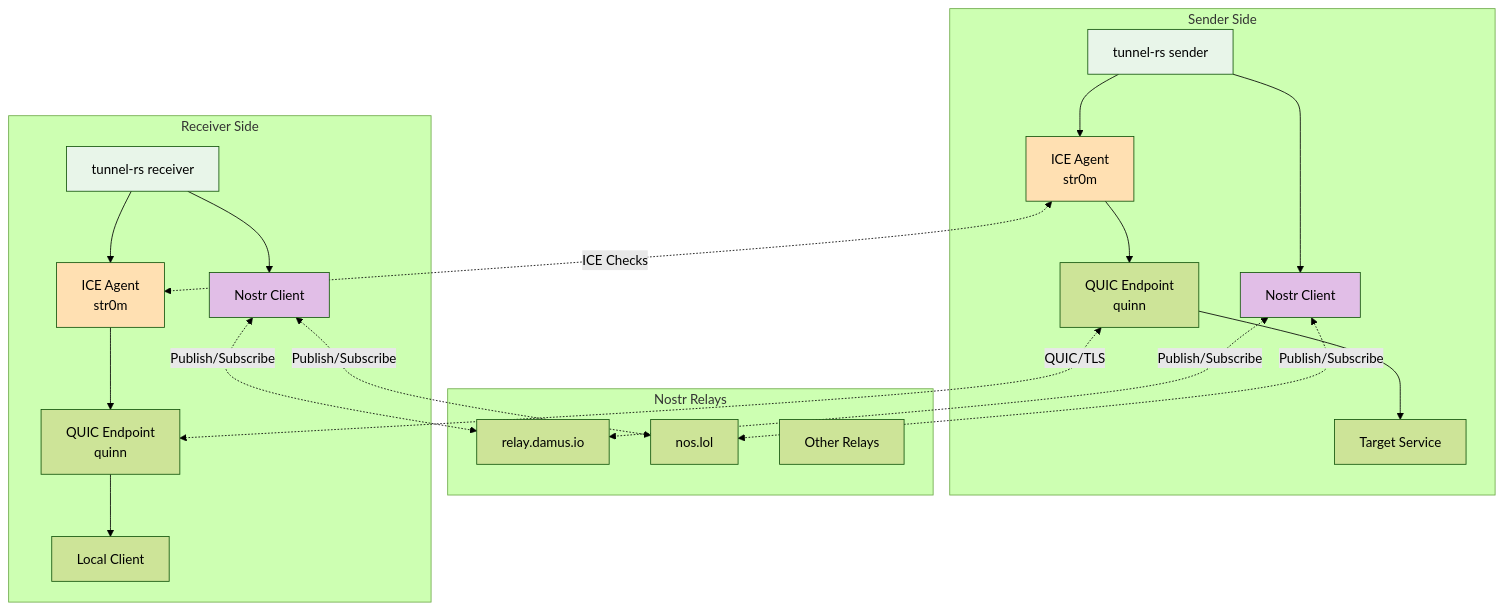
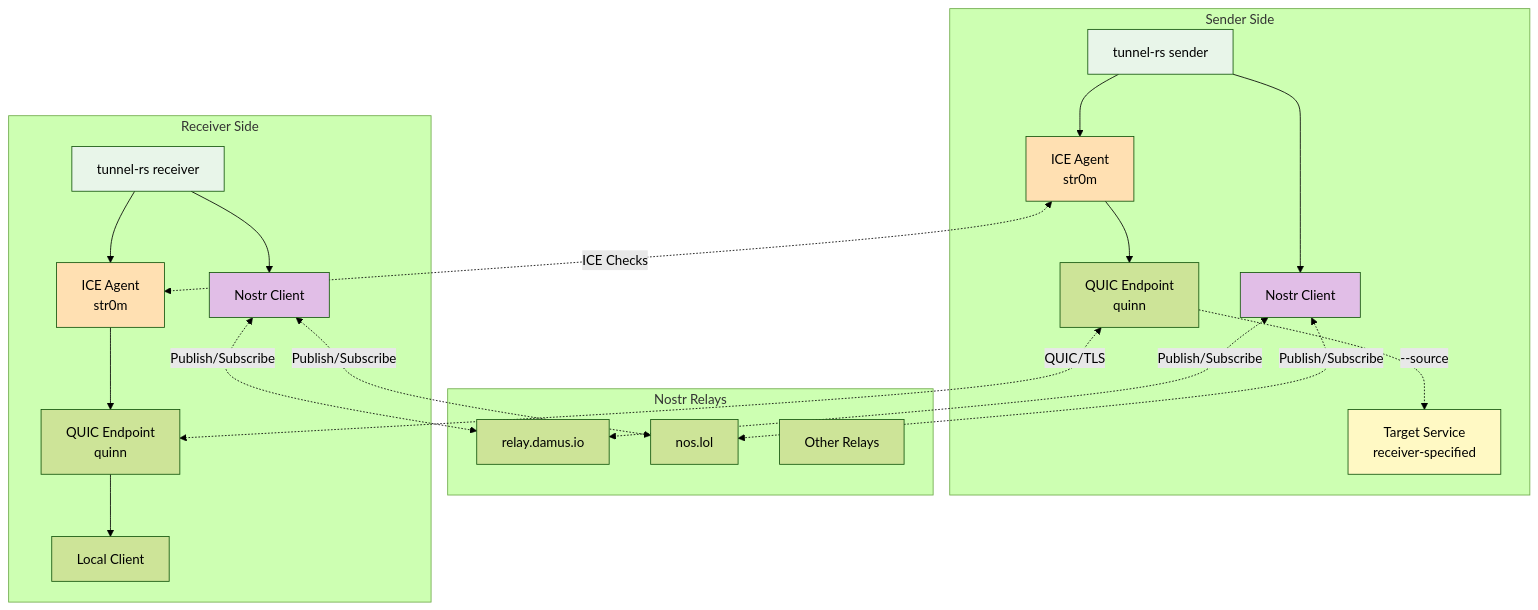
Before and after one commit to andrewtheguy/vpn-rs: diagram 22 of 38 in docs/ARCHITECTURE.md, drawn with Mermaid (forest theme). The commit also changed other lines of this file, not shown here.

Commit message:
feat: Update architecture documentation to include receiver-initiated dynamic source capabilities and mode comparison

````diff
--- a/docs/ARCHITECTURE.md
+++ b/docs/ARCHITECTURE.md
@@ -877,49 +893,50 @@
 ```mermaid
 graph TB
     subgraph "Sender Side"
         A[tunnel-rs sender]
         B[ICE Agent<br/>str0m]
         C[QUIC Endpoint<br/>quinn]
         D[Nostr Client]
-        E[Target Service]
+        E[Target Service<br/>receiver-specified]
     end
 
     subgraph "Nostr Relays"
         F[relay.damus.io]
         G[nos.lol]
         H[Other Relays]
     end
 
     subgraph "Receiver Side"
         I[tunnel-rs receiver]
         J[ICE Agent<br/>str0m]
         K[QUIC Endpoint<br/>quinn]
         L[Nostr Client]
         M[Local Client]
     end
 
     A --> B
     B --> C
     A --> D
-    C --> E
+    C -.->|--source| E
 
     I --> J
     J --> K
     I --> L
     K --> M
 
     D <-.Publish/Subscribe.-> F
     D <-.Publish/Subscribe.-> G
     L <-.Publish/Subscribe.-> F
     L <-.Publish/Subscribe.-> G
 
     B <-.ICE Checks.-> J
     C <-.QUIC/TLS.-> K
 
     style A fill:#E8F5E9
     style I fill:#E8F5E9
     style B fill:#FFE0B2
     style J fill:#FFE0B2
     style D fill:#E1BEE7
     style L fill:#E1BEE7
+    style E fill:#FFF9C4
 ```
````
